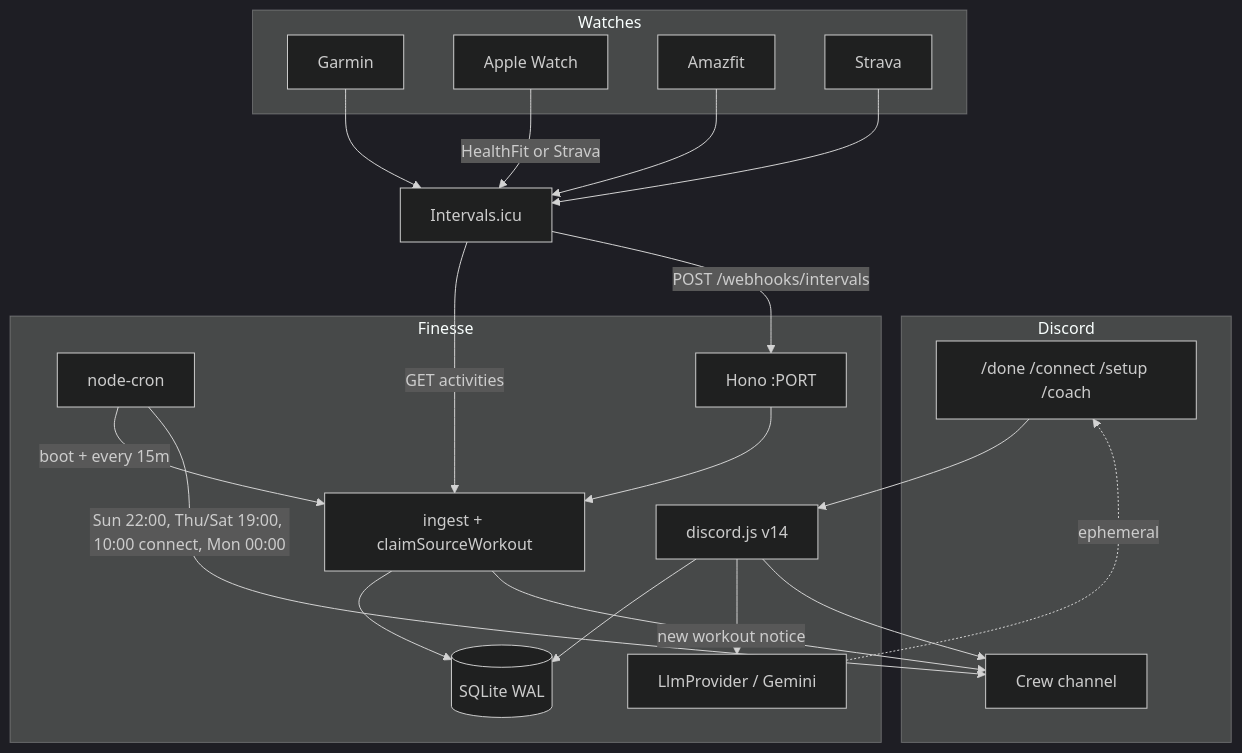
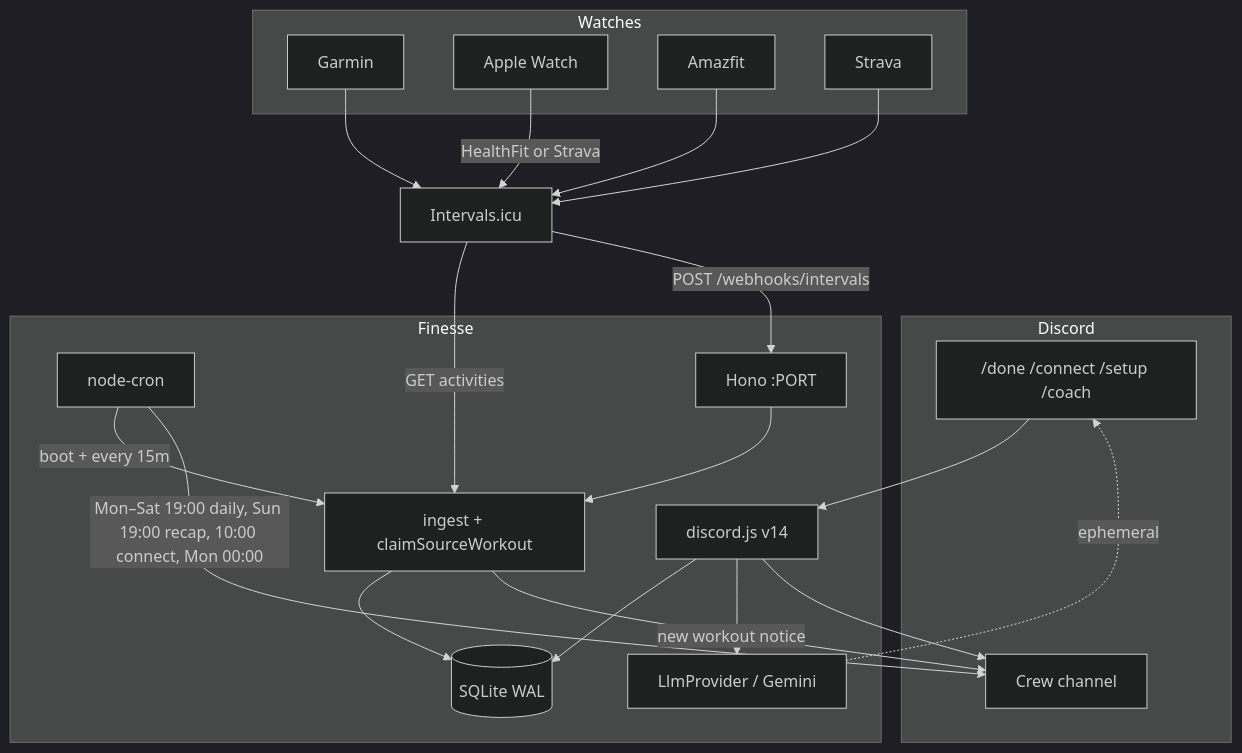
One commit to renzoventura/finesse changed the first of 3 diagrams in docs/architecture.md. Above: the diagram before and after it, drawn with Mermaid (dark theme). The commit also changed other lines of this file and 12 other files, not shown here.

````diff
--- a/docs/architecture.md
+++ b/docs/architecture.md
@@ -5,41 +5,41 @@
 ```mermaid
 flowchart TB
   subgraph watches [Watches]
     Garmin
     Apple[Apple Watch]
     Amazfit
     StravaFeed[Strava]
   end
 
   Garmin --> Intervals[Intervals.icu]
   Amazfit --> Intervals
   Apple -->|"HealthFit or Strava"| Intervals
   StravaFeed --> Intervals
 
   subgraph discord [Discord]
     Slash["/done /connect /setup /coach"]
     Channel[Crew channel]
   end
 
   subgraph process [Finesse]
     Gateway[discord.js v14]
     Cron["node-cron"]
     HTTP["Hono :PORT"]
     Ingest[ingest + claimSourceWorkout]
     DB[(SQLite WAL)]
     LLM["LlmProvider / Gemini"]
   end
 
   Slash --> Gateway
   Gateway --> DB
   Gateway --> LLM
   LLM -.->|ephemeral| Slash
   Cron -->|"boot + every 15m"| Ingest
   Intervals -->|"GET activities"| Ingest
   Intervals -->|"POST /webhooks/intervals"| HTTP
   HTTP --> Ingest
   Ingest --> DB
   Ingest -->|"new workout notice"| Channel
   Gateway --> Channel
-  Cron -->|"Sun 22:00, Thu/Sat 19:00, 10:00 connect, Mon 00:00"| Channel
+  Cron -->|"Mon–Sat 19:00 daily, Sun 19:00 recap, 10:00 connect, Mon 00:00"| Channel
 ```
````
